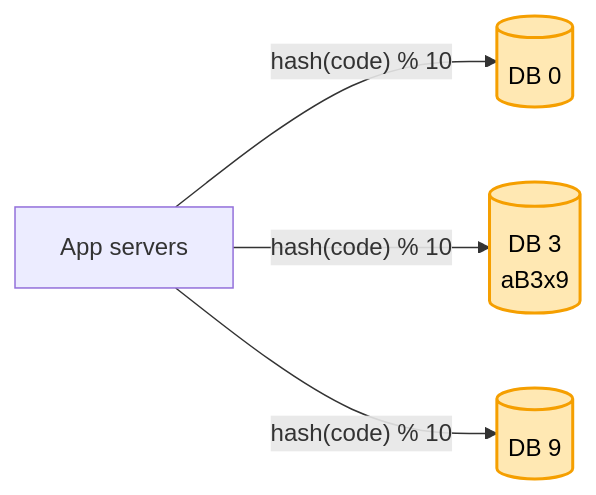
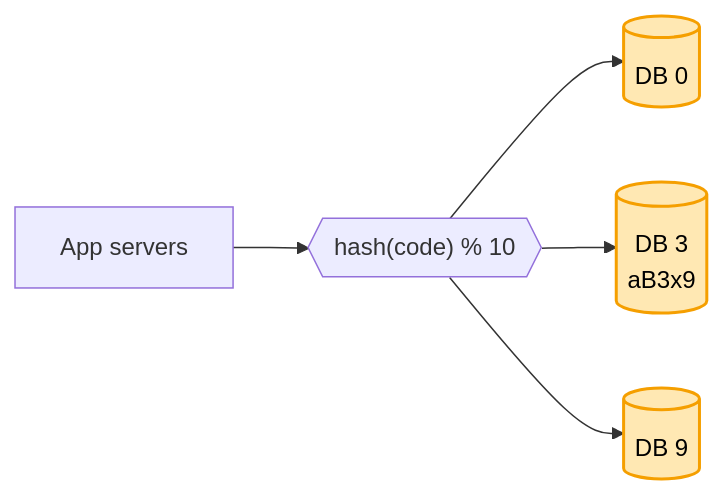
The fifth of 5 diagrams in 04_HLD/SYSTEM_DESIGNS/01_url_shortener/url_seedha.md (ArpanMaheshwari144/Prep), drawn with Mermaid before and after one commit.

Commit message:
url: kadam 5 diagram saaf

````diff
--- a/04_HLD/SYSTEM_DESIGNS/01_url_shortener/url_seedha.md
+++ b/04_HLD/SYSTEM_DESIGNS/01_url_shortener/url_seedha.md
@@ -184,7 +184,8 @@
 ```mermaid
 flowchart LR
-    S["App servers"] -- "hash(code) % 10" --> D0[("DB 0")] & D3[("DB 3<br/>aB3x9")] & D9[("DB 9")]
+    S["App servers"] --> H{{"hash(code) % 10"}}
+    H --> D0[("DB 0")] & D3[("DB 3<br/>aB3x9")] & D9[("DB 9")]
     style D0 fill:#ffe8b3,stroke:#f59f00,stroke-width:2px,color:#000
     style D3 fill:#ffe8b3,stroke:#f59f00,stroke-width:2px,color:#000
     style D9 fill:#ffe8b3,stroke:#f59f00,stroke-width:2px,color:#000
 ```
````
